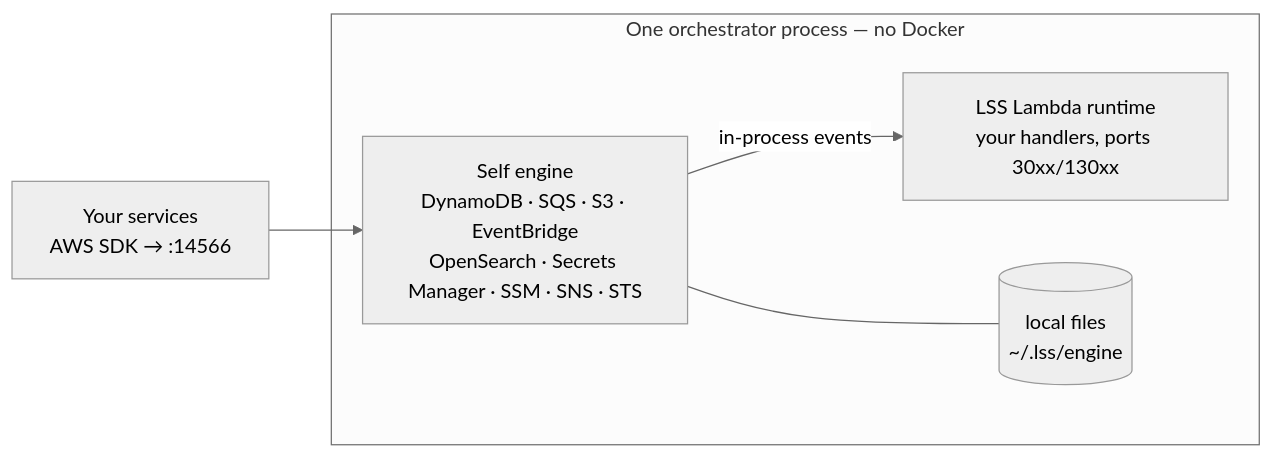
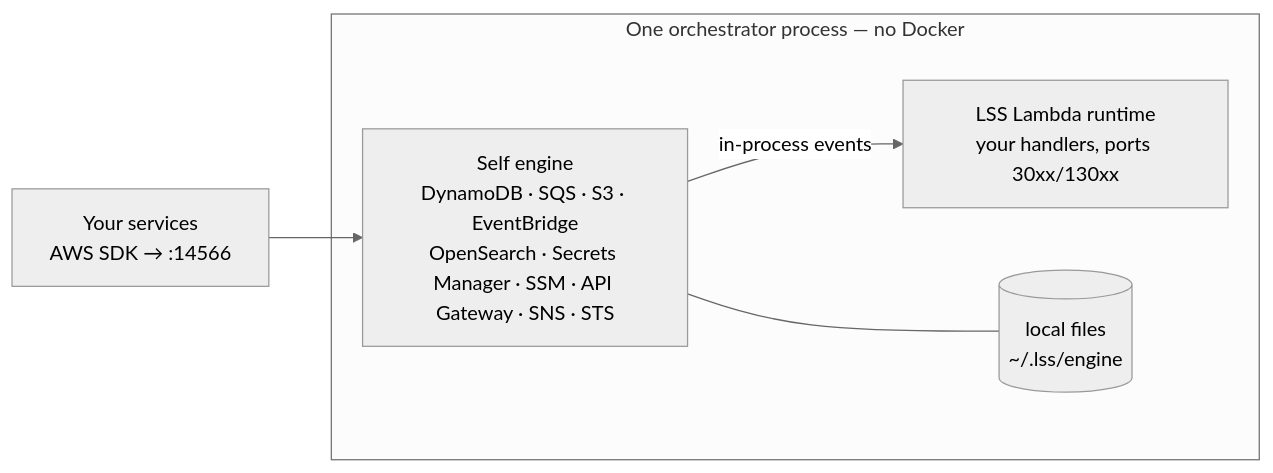
Before and after one commit to Viserion77/local-serverless-stack: the second of 4 diagrams in README.md, drawn with Mermaid (neutral theme). The commit also changed other lines of this file and 55 other files, not shown here.

First line of the commit message:
feat(api-gateway): add comprehensive tests for API Gateway keys and usage plans (#66)

````diff
--- a/README.md
+++ b/README.md
@@ -1129,9 +1162,9 @@
 ```mermaid
 flowchart LR
     APP[Your services<br/>AWS SDK → :14566] --> ENG
     subgraph ORCH["One orchestrator process — no Docker"]
-        ENG[Self engine<br/>DynamoDB · SQS · S3 · EventBridge<br/>OpenSearch · Secrets Manager · SSM · SNS · STS]
+        ENG[Self engine<br/>DynamoDB · SQS · S3 · EventBridge<br/>OpenSearch · Secrets Manager · SSM · API Gateway · SNS · STS]
         ENG -->|in-process events| RT[LSS Lambda runtime<br/>your handlers, ports 30xx/130xx]
         ENG --- FS[(local files<br/>~/.lss/engine)]
     end
 ```
````
